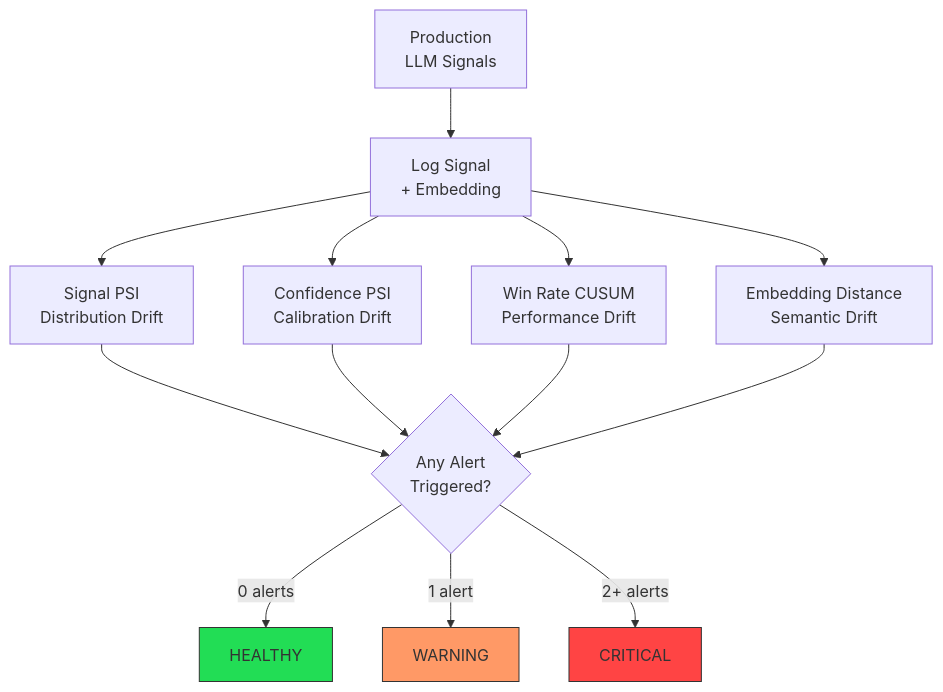
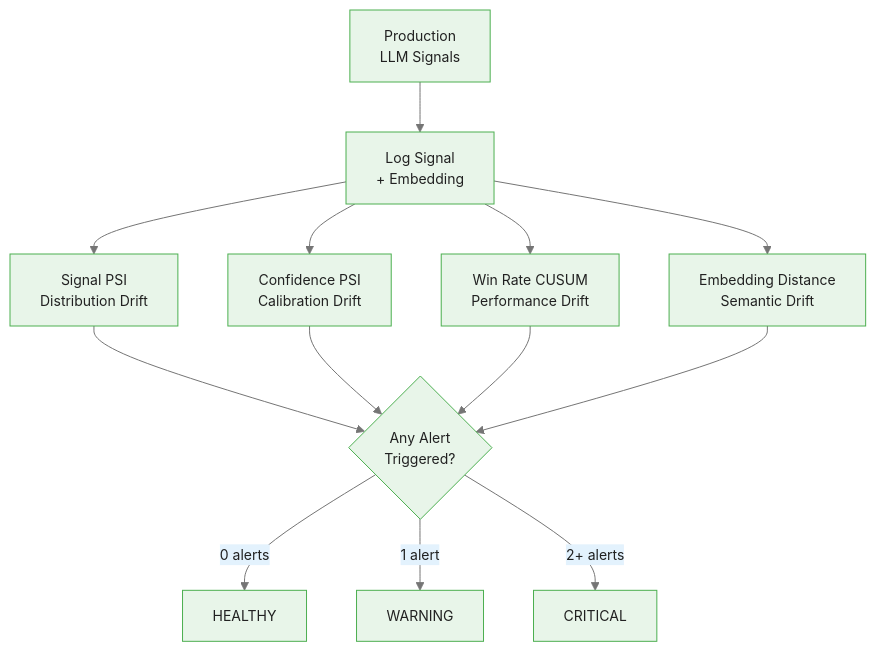
Before and after one commit to m-deane/course-creator: the third of 4 diagrams in courses/genai-commodities/modules/module_06_production/guides/02_monitoring_slides.md, drawn with Mermaid. The commit also changed other lines of this file and 84 other files, not shown here.

````diff
--- a/courses/genai-commodities/modules/module_06_production/guides/02_monitoring_slides.md
+++ b/courses/genai-commodities/modules/module_06_production/guides/02_monitoring_slides.md
@@ -239,22 +263,19 @@
 ```mermaid
+%%{init: {"theme": "base", "themeVariables": {"primaryColor": "#e8f5e9", "primaryBorderColor": "#4caf50", "primaryTextColor": "#212121", "secondaryColor": "#e3f2fd", "tertiaryColor": "#fff8e1", "lineColor": "#757575", "fontFamily": "Inter, sans-serif", "fontSize": "14px"}}}%%
 flowchart TD
     A[Production<br/>LLM Signals] --> B[Log Signal<br/>+ Embedding]
 
     B --> C[Signal PSI<br/>Distribution Drift]
     B --> D[Confidence PSI<br/>Calibration Drift]
     B --> E[Win Rate CUSUM<br/>Performance Drift]
     B --> F[Embedding Distance<br/>Semantic Drift]
 
     C --> G{Any Alert<br/>Triggered?}
     D --> G
     E --> G
     F --> G
 
     G -->|0 alerts| H[HEALTHY]
     G -->|1 alert| I[WARNING]
     G -->|2+ alerts| J[CRITICAL]
-
-    style H fill:#2d5,stroke:#333
-    style I fill:#f96,stroke:#333
-    style J fill:#f44,stroke:#333
 ```
````
